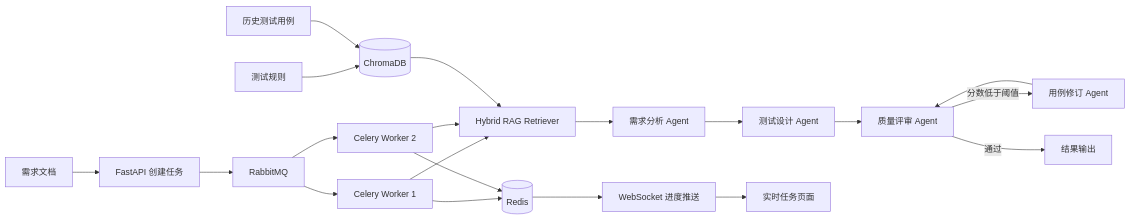
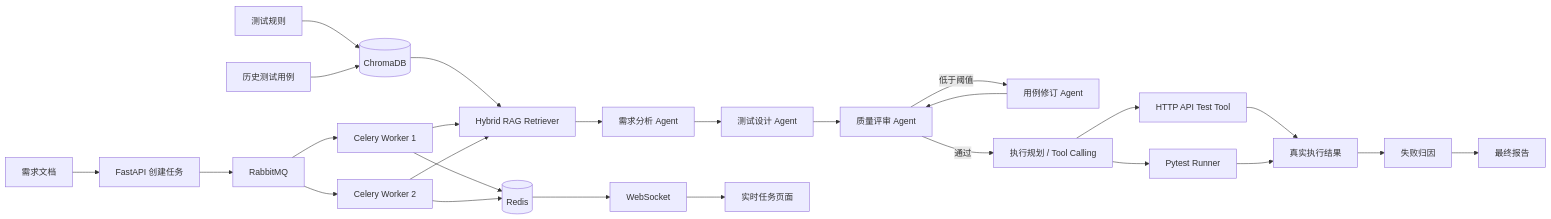
Before and after one commit to xingqianyue268-alt/req2test-agent: the diagram in README.md, drawn with Mermaid. The commit also changed other lines of this file, not shown here.

Commit message:
docs: document RAG, Tool Calling, HTTP execution and Pytest pipeline

````diff
--- a/README.md
+++ b/README.md
@@ -28,22 +31,32 @@
 ```mermaid
 flowchart LR
     A[需求文档] --> API[FastAPI 创建任务]
     API --> MQ[RabbitMQ]
     MQ --> W1[Celery Worker 1]
     MQ --> W2[Celery Worker 2]
-    W1 --> RAG[Hybrid RAG Retriever]
-    W2 --> RAG
+
     Rules[测试规则] --> VDB[(ChromaDB)]
     Cases[历史测试用例] --> VDB
-    VDB --> RAG
+    VDB --> RAG[Hybrid RAG Retriever]
+
+    W1 --> RAG
+    W2 --> RAG
     RAG --> C[需求分析 Agent]
     C --> D[测试设计 Agent]
     D --> E[质量评审 Agent]
-    E -->|分数低于阈值| F[用例修订 Agent]
+    E -->|低于阈值| F[用例修订 Agent]
     F --> E
-    E -->|通过| G[结果输出]
+
+    E -->|通过| P[执行规划 / Tool Calling]
+    P --> H[HTTP API Test Tool]
+    P --> T[Pytest Runner]
+    H --> X[真实执行结果]
+    T --> X
+    X --> FA[失败归因]
+    FA --> OUT[最终报告]
+
     W1 --> Redis[(Redis)]
     W2 --> Redis
-    Redis --> WS[WebSocket 进度推送]
+    Redis --> WS[WebSocket]
     WS --> UI[实时任务页面]
 ```
````
